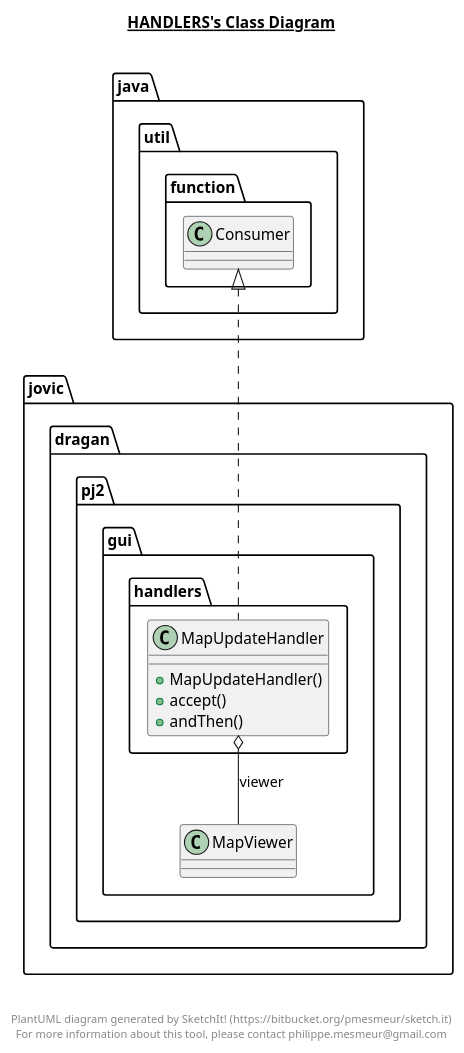
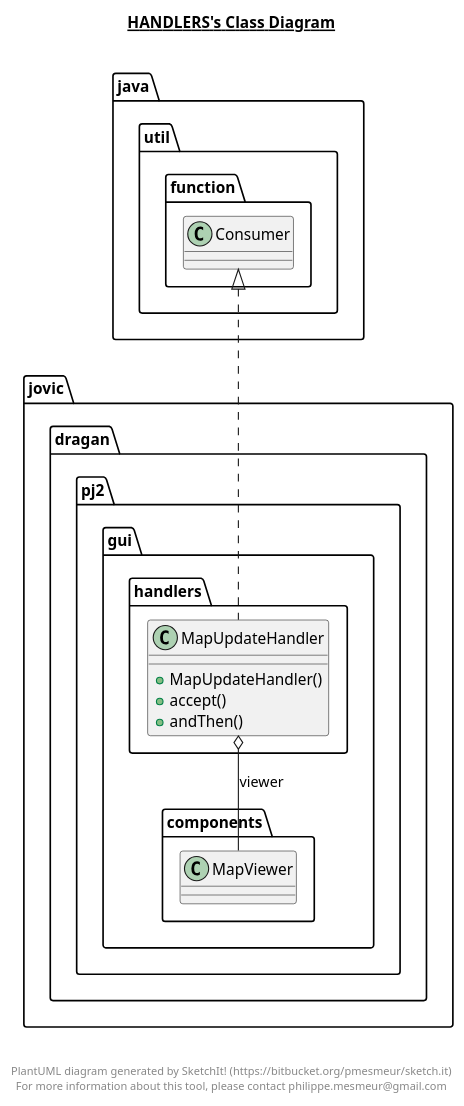
The diagram in src/jovic/dragan/pj2/gui/handlers/handlers.plantuml (Coki32/PJ2_Projektni), drawn with PlantUML before and after one commit. The commit also changed 20 other files, not shown here.

```diff
--- a/src/jovic/dragan/pj2/gui/handlers/handlers.plantuml
+++ b/src/jovic/dragan/pj2/gui/handlers/handlers.plantuml
@@ -1,27 +1,27 @@
 @startuml
 
 title __HANDLERS's Class Diagram__\n
 
   namespace jovic.dragan.pj2.gui {
     namespace handlers {
       class jovic.dragan.pj2.gui.handlers.MapUpdateHandler {
           + MapUpdateHandler()
           + accept()
           + andThen()
       }
     }
   }
   
 
   jovic.dragan.pj2.gui.handlers.MapUpdateHandler .up.|> java.util.function.Consumer
-  jovic.dragan.pj2.gui.handlers.MapUpdateHandler o-- jovic.dragan.pj2.gui.MapViewer : viewer
+  jovic.dragan.pj2.gui.handlers.MapUpdateHandler o-- jovic.dragan.pj2.gui.components.MapViewer : viewer
 
 
 right footer
 
 
 PlantUML diagram generated by SketchIt! (https://bitbucket.org/pmesmeur/sketch.it)
 For more information about this tool, please contact philippe.mesmeur@gmail.com
 endfooter
 
 @enduml
```
